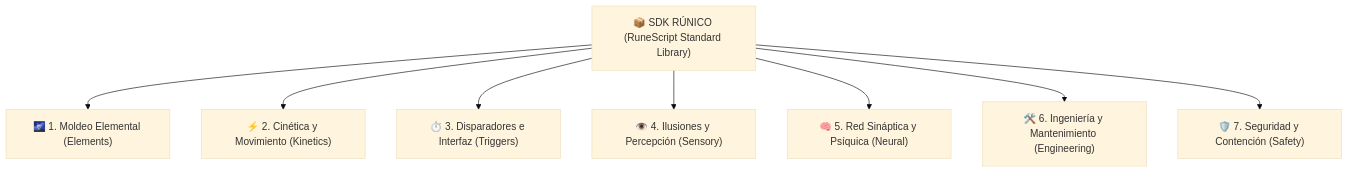
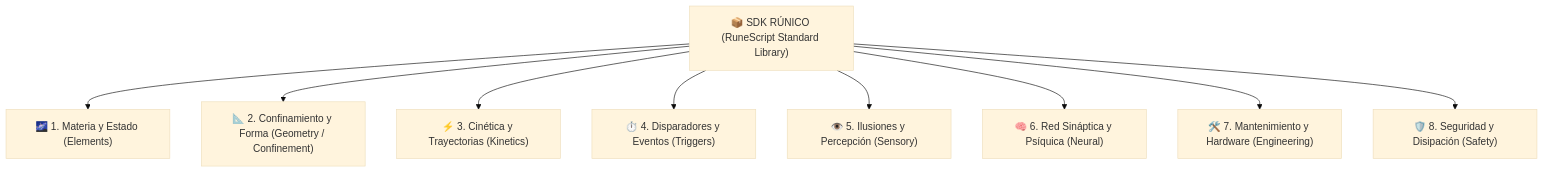
The diagram in Magia_Artificial_FATE/01_Mundo_y_Lore/Macro de Librerias SCMEH.md (Gimsper/NeoterraVault), drawn with Mermaid (base theme) before and after one commit. The commit also changed other lines of this file and 2 other files, not shown here.

````diff
--- a/Magia_Artificial_FATE/01_Mundo_y_Lore/Macro de Librerias SCMEH.md
+++ b/Magia_Artificial_FATE/01_Mundo_y_Lore/Macro de Librerias SCMEH.md
@@ -35,12 +38,13 @@
 ```mermaid
 flowchart TD
     SDK["📦 SDK RÚNICO (RuneScript Standard Library)"]
     
-    SDK --> ELEM["🌌 1. Moldeo Elemental (Elements)"]
-    SDK --> KIN["⚡ 2. Cinética y Movimiento (Kinetics)"]
-    SDK --> TRIG["⏱️ 3. Disparadores e Interfaz (Triggers)"]
-    SDK --> SENS["👁️ 4. Ilusiones y Percepción (Sensory)"]
-    SDK --> NEUR["🧠 5. Red Sináptica y Psíquica (Neural)"]
-    SDK --> ENG["🛠️ 6. Ingeniería y Mantenimiento (Engineering)"]
-    SDK --> SAFE["🛡️ 7. Seguridad y Contención (Safety)"]
+    SDK --> ELEM["🌌 1. Materia y Estado (Elements)"]
+    SDK --> CONF["📐 2. Confinamiento y Forma (Geometry / Confinement)"]
+    SDK --> KIN["⚡ 3. Cinética y Trayectorias (Kinetics)"]
+    SDK --> TRIG["⏱️ 4. Disparadores y Eventos (Triggers)"]
+    SDK --> SENS["👁️ 5. Ilusiones y Percepción (Sensory)"]
+    SDK --> NEUR["🧠 6. Red Sináptica y Psíquica (Neural)"]
+    SDK --> ENG["🛠️ 7. Mantenimiento y Hardware (Engineering)"]
+    SDK --> SAFE["🛡️ 8. Seguridad y Disipación (Safety)"]
 ```
````
